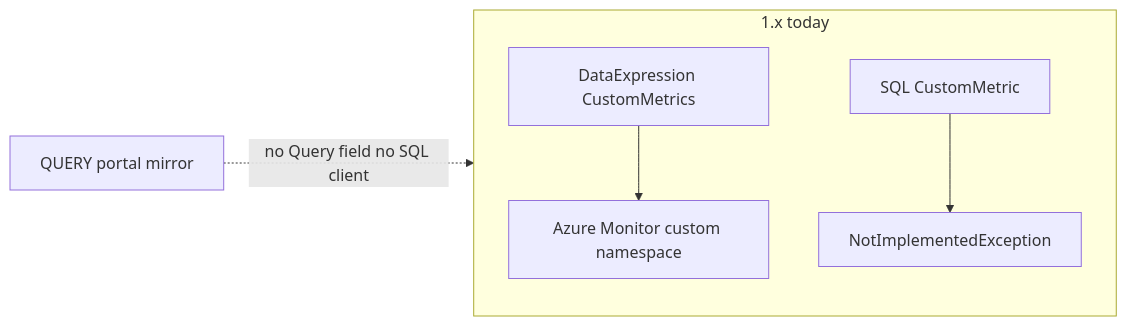
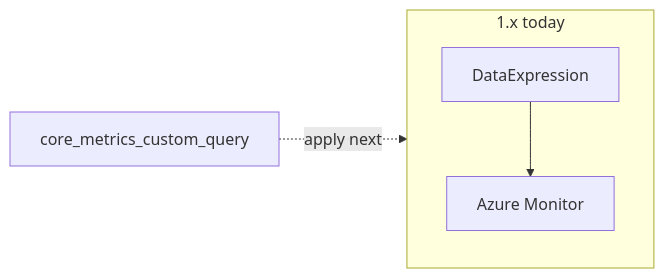
The diagram in devstate/2026/09/2026-09-15-sql-query-synthetic-metrics/card.md (david-garcia-garcia/azureautoscaler), drawn with Mermaid before and after one commit. The commit also changed other lines of this file and 2 other files, not shown here.

````diff
--- a/devstate/2026/09/2026-09-15-sql-query-synthetic-metrics/card.md
+++ b/devstate/2026/09/2026-09-15-sql-query-synthetic-metrics/card.md
@@ -20,10 +18,8 @@
 ```mermaid
 flowchart LR
   subgraph destBranch ["1.x today"]
-    CE[DataExpression CustomMetrics]
-    SQL[SQL CustomMetric]
-    CE --> Portal[Azure Monitor custom namespace]
-    SQL --> Throw[NotImplementedException]
+    CE[DataExpression]
+    CE --> Portal[Azure Monitor]
   end
-  Ticket[QUERY portal mirror] -.->|no Query field no SQL client| destBranch
+  Spec[core_metrics_custom_query] -.->|apply next| destBranch
 ```
````
